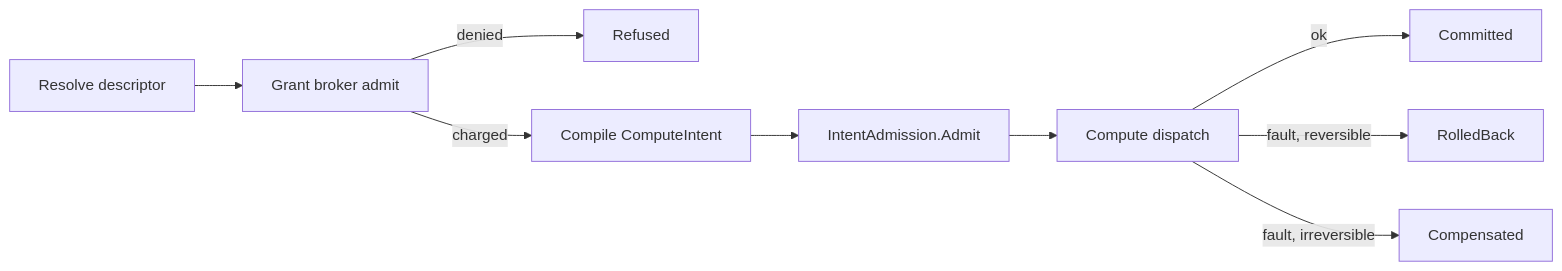
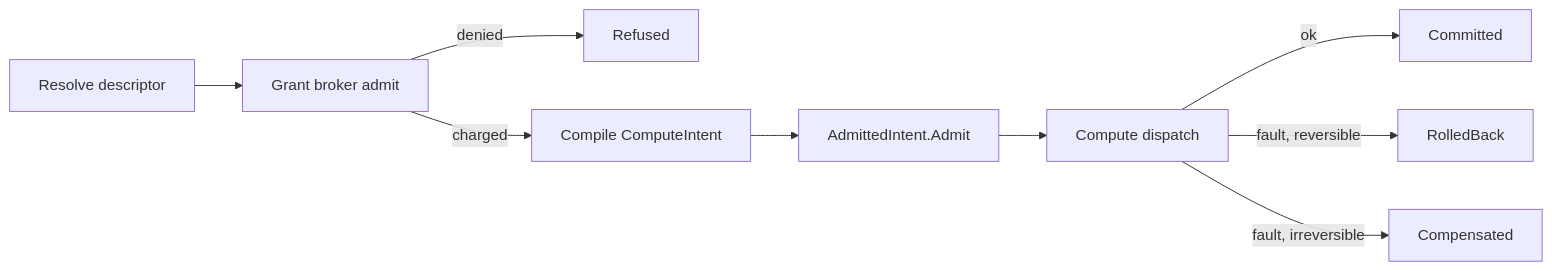
One commit to bsamiee/Rasm changed the diagram in libs/csharp/Rasm.AppHost/.planning/Agent/capability.md. Above: the diagram before and after it, drawn with Mermaid. The commit also changed other lines of this file and 185 other files, not shown here.

````diff
--- a/libs/csharp/Rasm.AppHost/.planning/Agent/capability.md
+++ b/libs/csharp/Rasm.AppHost/.planning/Agent/capability.md
@@ -363,11 +363,11 @@
 ```mermaid
 flowchart LR
     Resolve[Resolve descriptor] --> Broker[Grant broker admit]
     Broker -->|denied| Refused[Refused]
     Broker -->|charged| Compile[Compile ComputeIntent]
-    Compile --> Admit[IntentAdmission.Admit]
+    Compile --> Admit[AdmittedIntent.Admit]
     Admit --> Dispatch[Compute dispatch]
     Dispatch -->|ok| Committed[Committed]
     Dispatch -->|fault, reversible| RolledBack[RolledBack]
     Dispatch -->|fault, irreversible| Compensated[Compensated]
 ```
````
